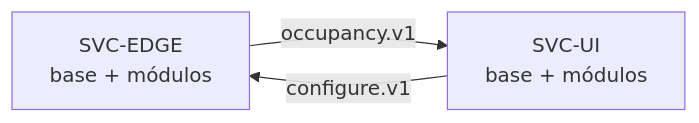
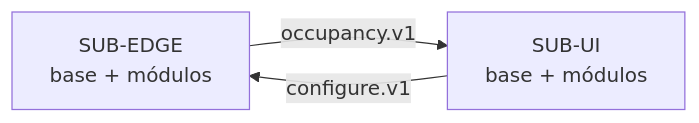
Before and after one commit to dramirezbe/codeanvil-gcpds: the second of 5 diagrams in methodology/V-SIL-v3/S1_G1_template.md, drawn with Mermaid. The commit also changed other lines of this file and 30 other files, not shown here.

````diff
--- a/methodology/V-SIL-v3/S1_G1_template.md
+++ b/methodology/V-SIL-v3/S1_G1_template.md
@@ -188,5 +188,5 @@
 ```mermaid
 flowchart LR
-    EDGE["SVC-EDGE<br/>base + módulos"] -->|"occupancy.v1"| UI["SVC-UI<br/>base + módulos"]
+    EDGE["SUB-EDGE<br/>base + módulos"] -->|"occupancy.v1"| UI["SUB-UI<br/>base + módulos"]
     UI -->|"configure.v1"| EDGE
 ```
````
